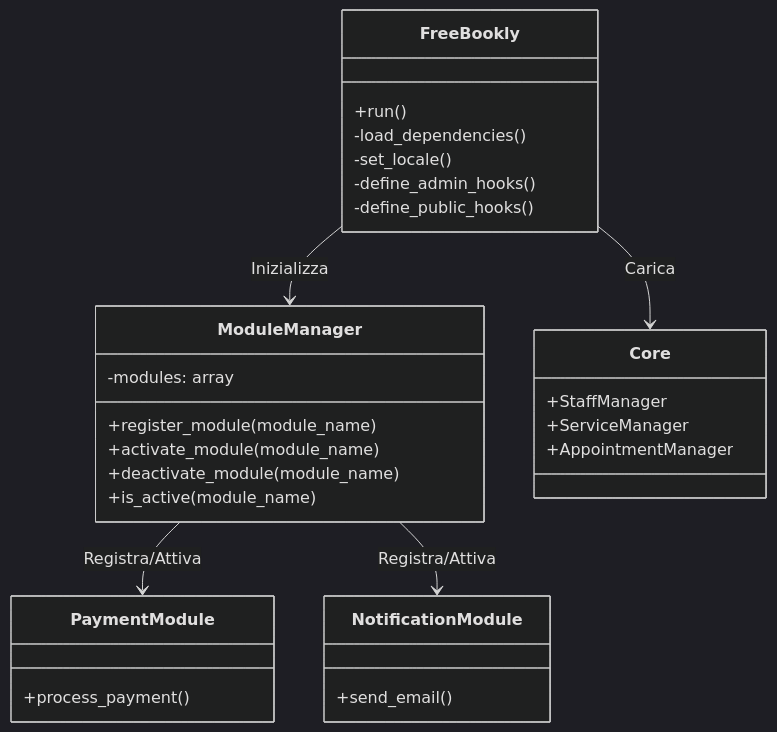
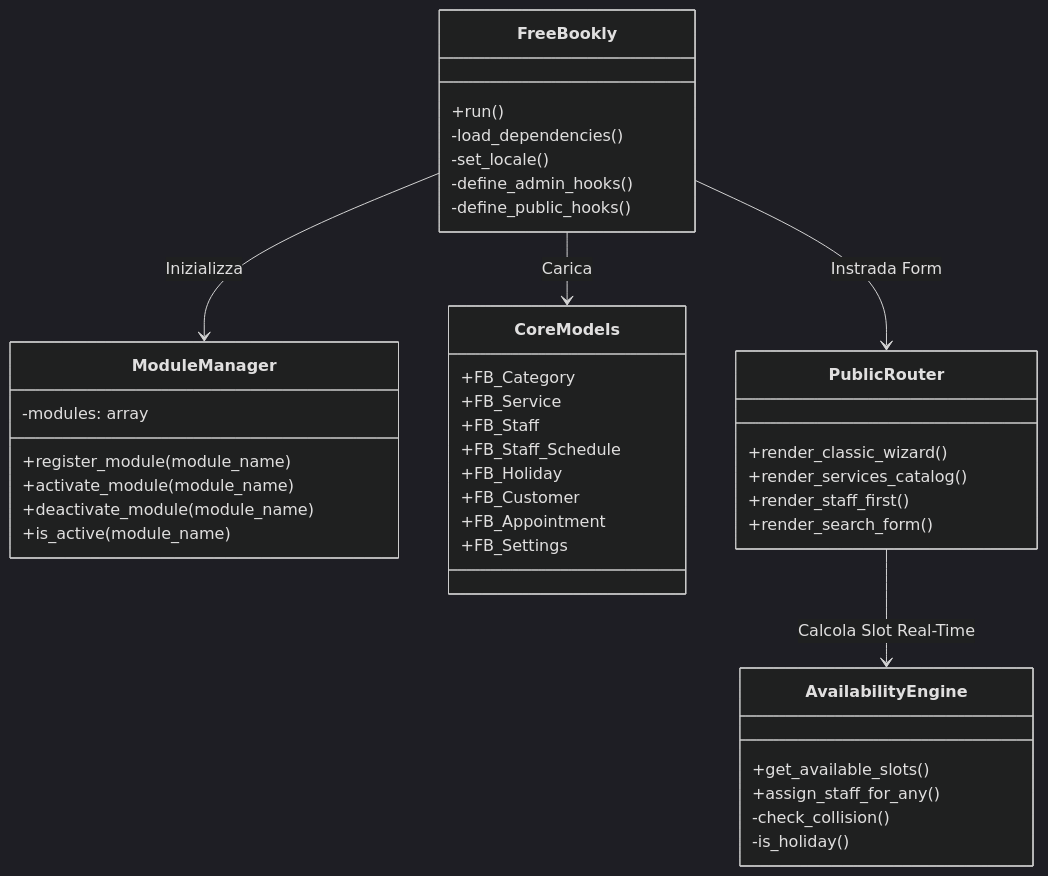
One commit to kismet/free-bookly changed the first of 2 diagrams in docs/architecture.md. Above: the diagram before and after it, drawn with Mermaid (dark theme). The commit also changed other lines of this file and 33 other files, not shown here.

Commit message:
Implement Bookly parity: General Settings, Services & Categories, Staff & Days Off, Working Hours & Holidays, Multi-Form Types

````diff
--- a/docs/architecture.md
+++ b/docs/architecture.md
@@ -14,37 +15,48 @@
 ```mermaid
 classDiagram
     class FreeBookly {
         +run()
         -load_dependencies()
         -set_locale()
         -define_admin_hooks()
         -define_public_hooks()
     }
     
     class ModuleManager {
         -modules: array
         +register_module(module_name)
         +activate_module(module_name)
         +deactivate_module(module_name)
         +is_active(module_name)
     }
 
-    class Core {
-        +StaffManager
-        +ServiceManager
-        +AppointmentManager
+    class CoreModels {
+        +FB_Category
+        +FB_Service
+        +FB_Staff
+        +FB_Staff_Schedule
+        +FB_Holiday
+        +FB_Customer
+        +FB_Appointment
+        +FB_Settings
     }
 
-    class PaymentModule {
-        +process_payment()
+    class AvailabilityEngine {
+        +get_available_slots()
+        +assign_staff_for_any()
+        -check_collision()
+        -is_holiday()
     }
 
-    class NotificationModule {
-        +send_email()
+    class PublicRouter {
+        +render_classic_wizard()
+        +render_services_catalog()
+        +render_staff_first()
+        +render_search_form()
     }
 
     FreeBookly --> ModuleManager : Inizializza
-    FreeBookly --> Core : Carica
-    ModuleManager --> PaymentModule : Registra/Attiva
-    ModuleManager --> NotificationModule : Registra/Attiva
+    FreeBookly --> CoreModels : Carica
+    FreeBookly --> PublicRouter : Instrada Form
+    PublicRouter --> AvailabilityEngine : Calcola Slot Real-Time
 ```
````
